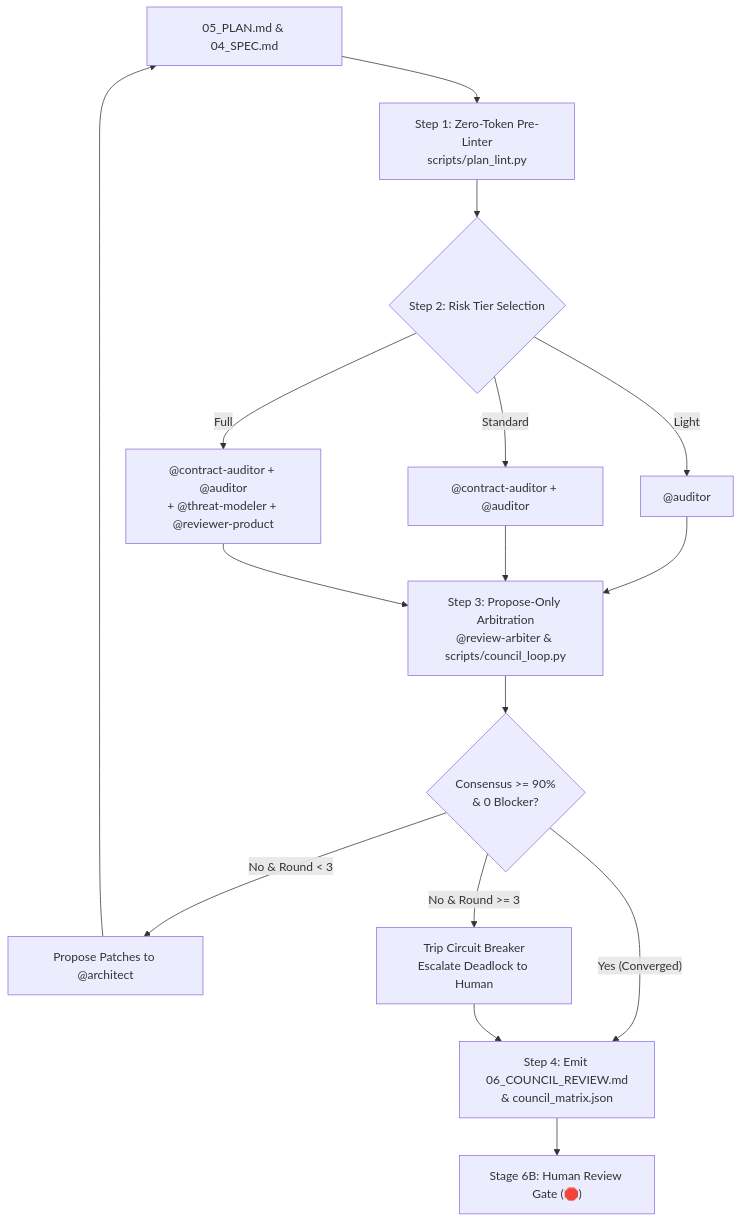
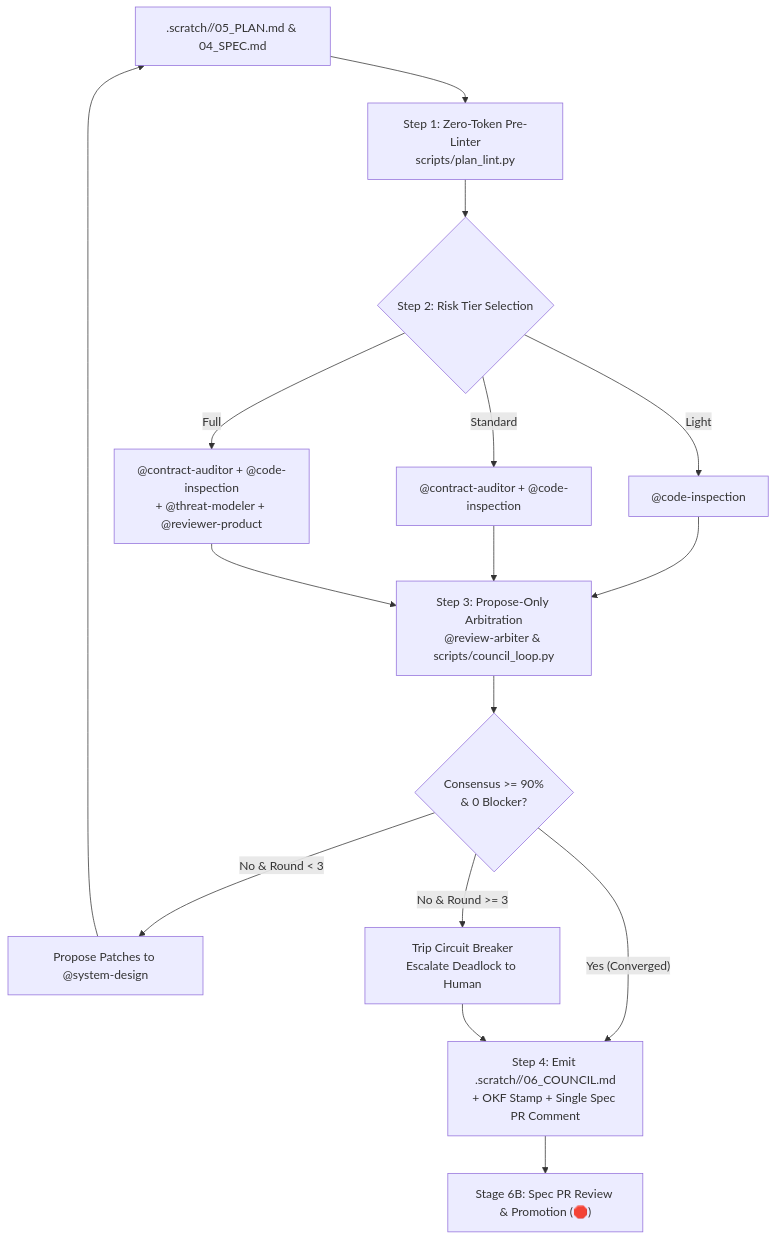
The diagram in skills/plan-council/SKILL.md (sapientcoffee/bean-brewer), drawn with Mermaid before and after one commit. The commit also changed other lines of this file and 89 other files, not shown here.

````diff
--- a/skills/plan-council/SKILL.md
+++ b/skills/plan-council/SKILL.md
@@ -26,19 +26,19 @@
 ```mermaid
 flowchart TD
-    S5["05_PLAN.md & 04_SPEC.md"] --> Lint["Step 1: Zero-Token Pre-Linter<br/>scripts/plan_lint.py"]
+    S5[".scratch/<id>/05_PLAN.md & 04_SPEC.md"] --> Lint["Step 1: Zero-Token Pre-Linter<br/>scripts/plan_lint.py"]
     Lint --> Tier{"Step 2: Risk Tier Selection"}
     
-    Tier -->|"Light"| LightSwarm["@auditor"]
-    Tier -->|"Standard"| StdSwarm["@contract-auditor + @auditor"]
-    Tier -->|"Full"| FullSwarm["@contract-auditor + @auditor<br/>+ @threat-modeler + @reviewer-product"]
+    Tier -->|"Light"| LightSwarm["@code-inspection"]
+    Tier -->|"Standard"| StdSwarm["@contract-auditor + @code-inspection"]
+    Tier -->|"Full"| FullSwarm["@contract-auditor + @code-inspection<br/>+ @threat-modeler + @reviewer-product"]
 
     LightSwarm & StdSwarm & FullSwarm --> Arbiter["Step 3: Propose-Only Arbitration<br/>@review-arbiter & scripts/council_loop.py"]
     Arbiter --> Consensus{"Consensus >= 90%<br/>& 0 Blocker?"}
 
-    Consensus -->|"Yes (Converged)"| Emit["Step 4: Emit 06_COUNCIL_REVIEW.md<br/>& council_matrix.json"]
-    Consensus -->|"No & Round < 3"| Propose["Propose Patches to @architect"]
+    Consensus -->|"Yes (Converged)"| Emit["Step 4: Emit .scratch/<id>/06_COUNCIL.md<br/>+ OKF Stamp + Single Spec PR Comment"]
+    Consensus -->|"No & Round < 3"| Propose["Propose Patches to @system-design"]
     Propose --> S5
     Consensus -->|"No & Round >= 3"| CircuitBreaker["Trip Circuit Breaker<br/>Escalate Deadlock to Human"]
     CircuitBreaker --> Emit
-    Emit --> HumanGate["Stage 6B: Human Review Gate (🛑)"]
+    Emit --> HumanGate["Stage 6B: Spec PR Review & Promotion (🛑)"]
 ```
````
